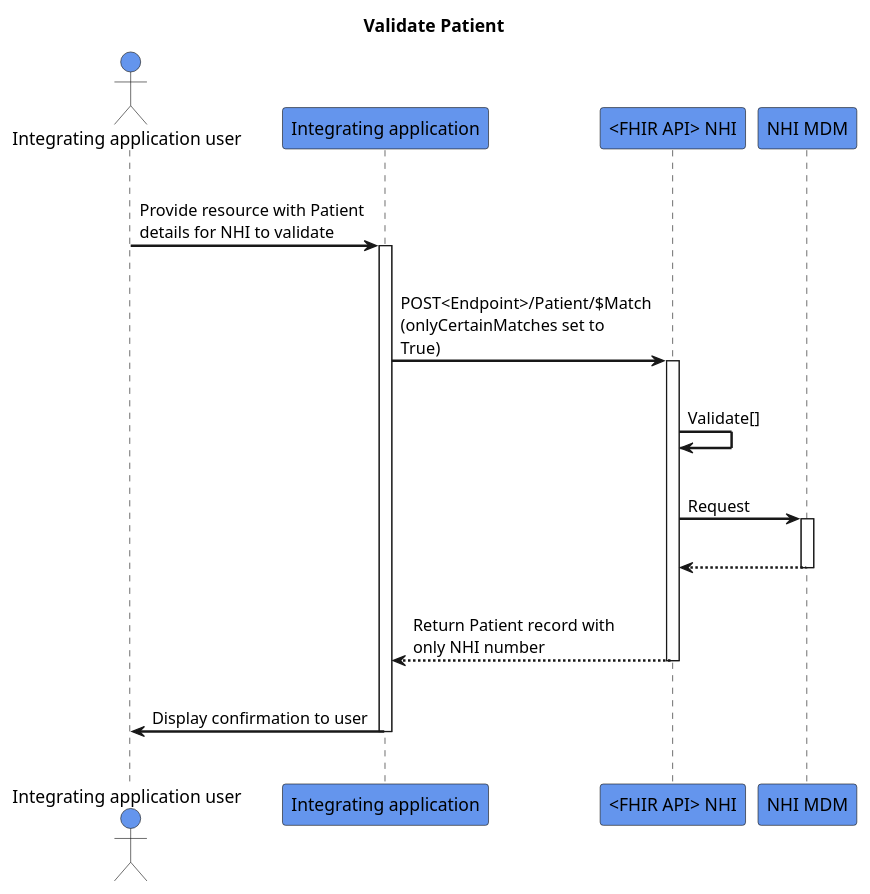
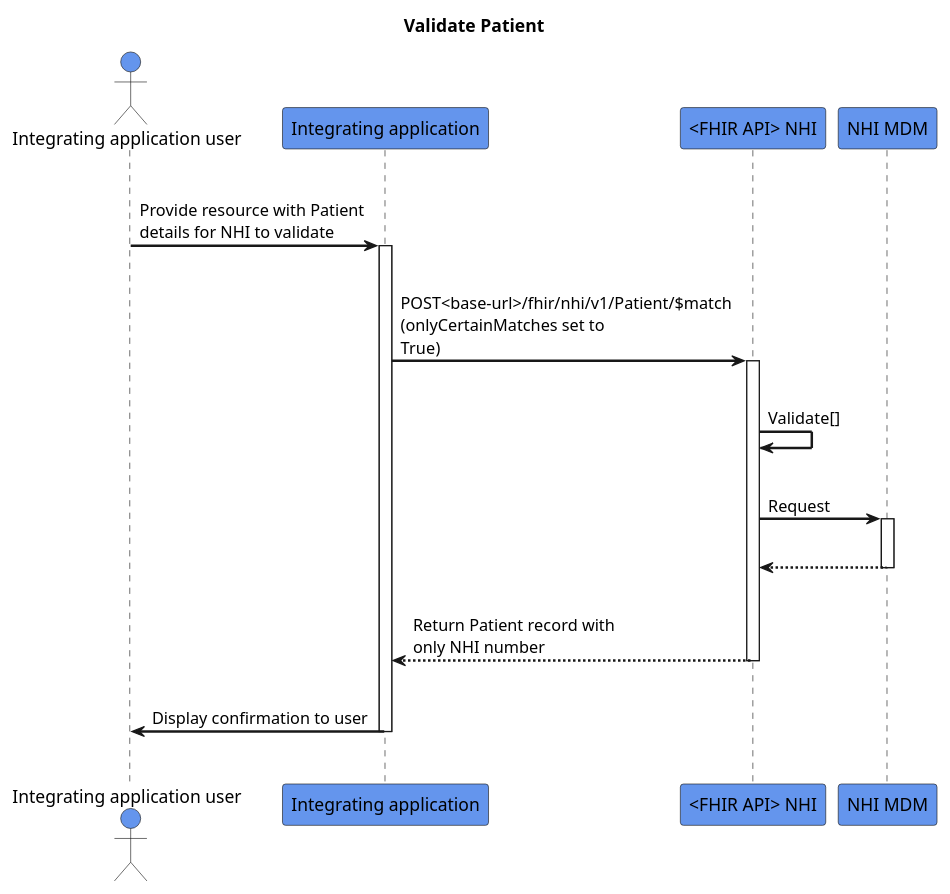
The diagram in input/images-source/validate-patient.plantuml (HL7NZ/nhi), drawn with PlantUML before and after one commit.

```diff
--- a/input/images-source/validate-patient.plantuml
+++ b/input/images-source/validate-patient.plantuml
@@ -1,33 +1,33 @@
 @startuml
 skinparam sequenceArrowThickness 2
 skinparam roundcorner 5
 skinparam maxmessagesize 180
 skinparam sequenceParticipant bold
 title Validate Patient
 actor "Integrating application user" as User #CornflowerBlue
 participant "Integrating application" as A #CornflowerBlue
 participant "<FHIR API> NHI" as B #CornflowerBlue
 participant "NHI MDM" as C #CornflowerBlue
 |||
 User -> A: Provide resource with Patient details for NHI to validate
 activate A
 |||
-A -> B: POST<Endpoint>/Patient/$Match (onlyCertainMatches set to True)
+A -> B: POST<base-url>/fhir/nhi/v1/Patient/$match (onlyCertainMatches set to True)
 activate B
 |||
 B -> B: Validate[]
 |||
 B -> C: Request
 activate C
 |||
 
 C -[dashed]-> B:
 deactivate C
 |||
 B -[dashed]-> A: Return Patient record with only NHI number
 deactivate B
 |||
 A -> User: Display confirmation to user
 deactivate A
 |||
 @enduml
```
